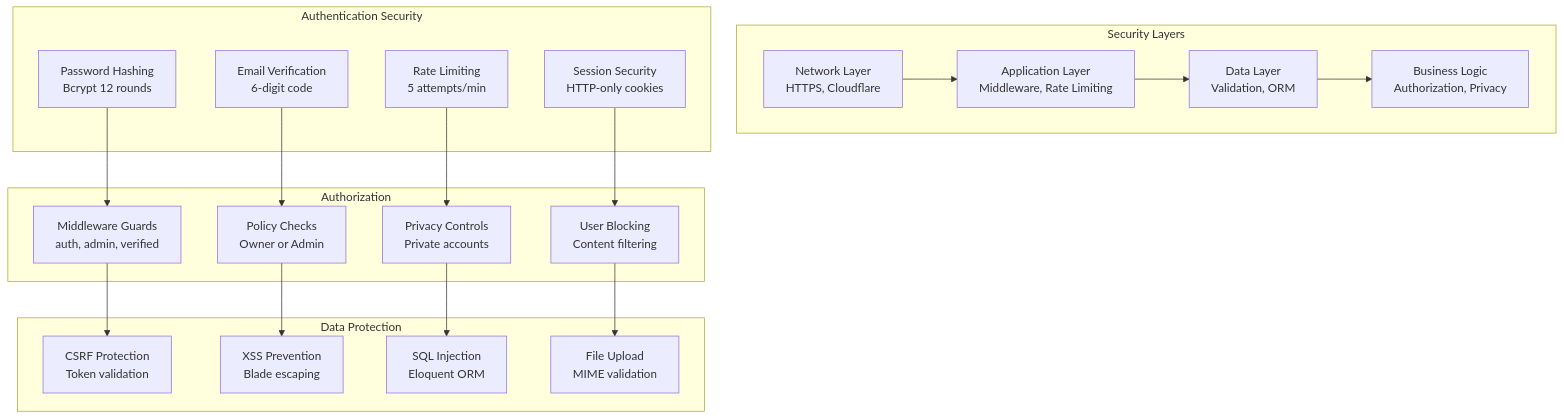
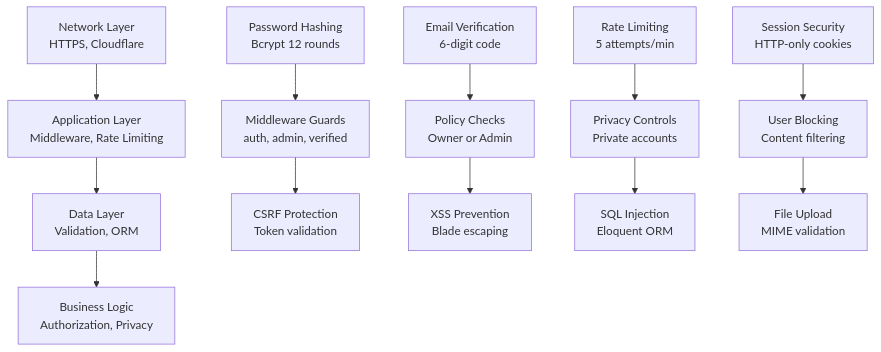
One commit to vd120/laravel_project changed diagram 27 of 28 in UML.md. Above: the diagram before and after it, drawn with Mermaid. The commit also changed other lines of this file, not shown here.

````diff
--- a/UML.md
+++ b/UML.md
@@ -1523,44 +1325,31 @@
 ```mermaid
 flowchart TB
-    subgraph "Security Layers"
-        L1[Network Layer<br/>HTTPS, Cloudflare]
-        L2[Application Layer<br/>Middleware, Rate Limiting]
-        L3[Data Layer<br/>Validation, ORM]
-        L4[Business Logic<br/>Authorization, Privacy]
-    end
-
-    subgraph "Authentication Security"
-        A1[Password Hashing<br/>Bcrypt 12 rounds]
-        A2[Email Verification<br/>6-digit code]
-        A3[Rate Limiting<br/>5 attempts/min]
-        A4[Session Security<br/>HTTP-only cookies]
-    end
-
-    subgraph "Authorization"
-        Z1[Middleware Guards<br/>auth, admin, verified]
-        Z2[Policy Checks<br/>Owner or Admin]
-        Z3[Privacy Controls<br/>Private accounts]
-        Z4[User Blocking<br/>Content filtering]
-    end
-
-    subgraph "Data Protection"
-        P1[CSRF Protection<br/>Token validation]
-        P2[XSS Prevention<br/>Blade escaping]
-        P3[SQL Injection<br/>Eloquent ORM]
-        P4[File Upload<br/>MIME validation]
-    end
+    L1[Network Layer<br/>HTTPS, Cloudflare]
+    L2[Application Layer<br/>Middleware, Rate Limiting]
+    L3[Data Layer<br/>Validation, ORM]
+    L4[Business Logic<br/>Authorization, Privacy]
+    A1[Password Hashing<br/>Bcrypt 12 rounds]
+    A2[Email Verification<br/>6-digit code]
+    A3[Rate Limiting<br/>5 attempts/min]
+    A4[Session Security<br/>HTTP-only cookies]
+    Z1[Middleware Guards<br/>auth, admin, verified]
+    Z2[Policy Checks<br/>Owner or Admin]
+    Z3[Privacy Controls<br/>Private accounts]
+    Z4[User Blocking<br/>Content filtering]
+    P1[CSRF Protection<br/>Token validation]
+    P2[XSS Prevention<br/>Blade escaping]
+    P3[SQL Injection<br/>Eloquent ORM]
+    P4[File Upload<br/>MIME validation]
 
     L1 --> L2
     L2 --> L3
     L3 --> L4
-
     A1 --> Z1
     A2 --> Z2
     A3 --> Z3
     A4 --> Z4
-
     Z1 --> P1
     Z2 --> P2
     Z3 --> P3
     Z4 --> P4
 ```
````
